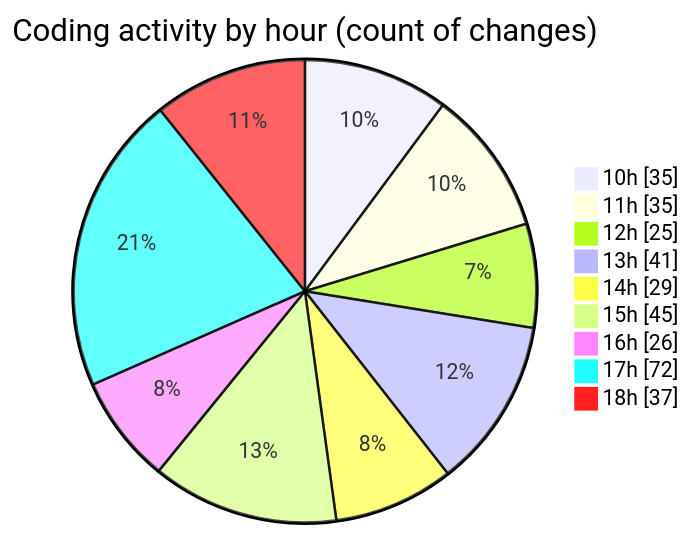
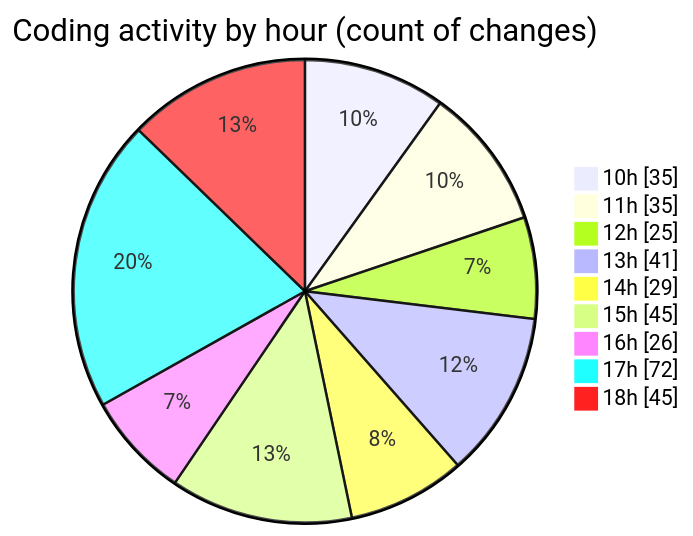
Before and after one commit to momahboobian/code-tracking: the second of 2 diagrams in 2025-03-26/cda/README.md, drawn with Mermaid. The commit also changed other lines of this file and 1 other file, not shown here.

````diff
--- a/2025-03-26/cda/README.md
+++ b/2025-03-26/cda/README.md
@@ -55,13 +55,13 @@
 ```mermaid
 pie showData
 title Coding activity by hour (count of changes)
 "10h" : 35
 "11h" : 35
 "12h" : 25
 "13h" : 41
 "14h" : 29
 "15h" : 45
 "16h" : 26
 "17h" : 72
-"18h" : 37
+"18h" : 45
 ```
````
